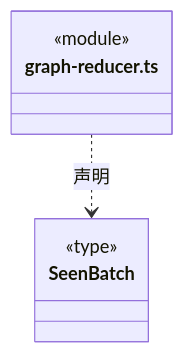
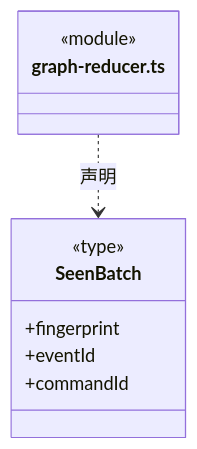
Before and after one commit to nan023062/cbim: diagram 13 of 34 in src/backend/core/tasks/ARCHITECTURE.md, drawn with Mermaid. The commit also changed other lines of this file and 240 other files, not shown here.

````diff
--- a/src/backend/core/tasks/ARCHITECTURE.md
+++ b/src/backend/core/tasks/ARCHITECTURE.md
@@ -157,11 +327,13 @@
 ```mermaid
 classDiagram
 class N_src_backend_core_tasks_graph_reducer_ts["graph-reducer.ts"] {
   <<module>>
 }
 class N_src_backend_core_tasks_graph_reducer_ts_SeenBatch["SeenBatch"] {
   <<type>>
-
+  +fingerprint
+  +eventId
+  +commandId
 }
 N_src_backend_core_tasks_graph_reducer_ts ..> N_src_backend_core_tasks_graph_reducer_ts_SeenBatch : 声明
 ```
````
